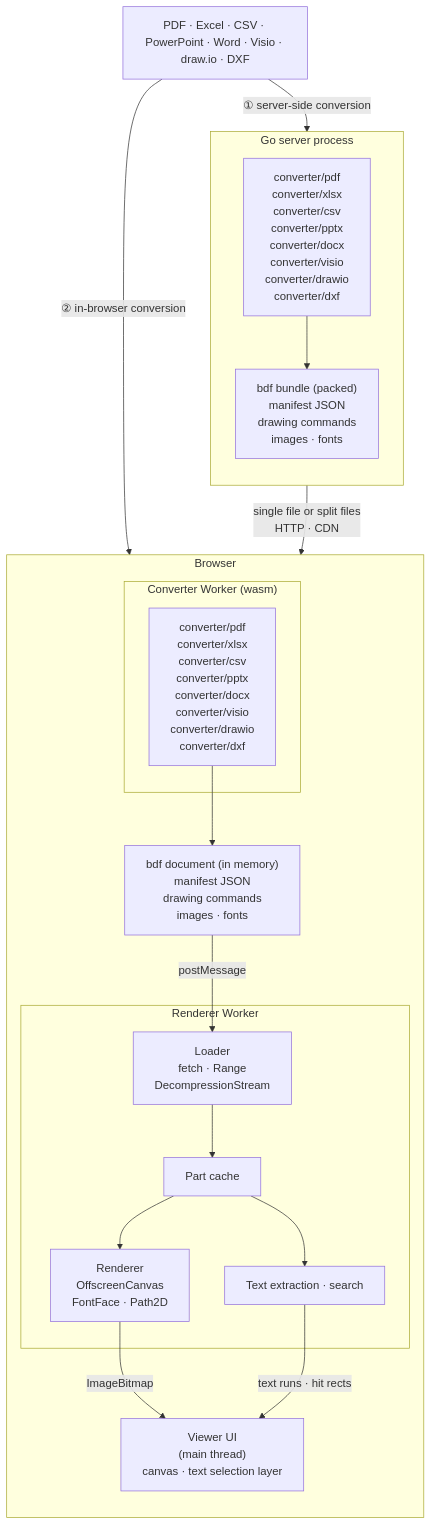
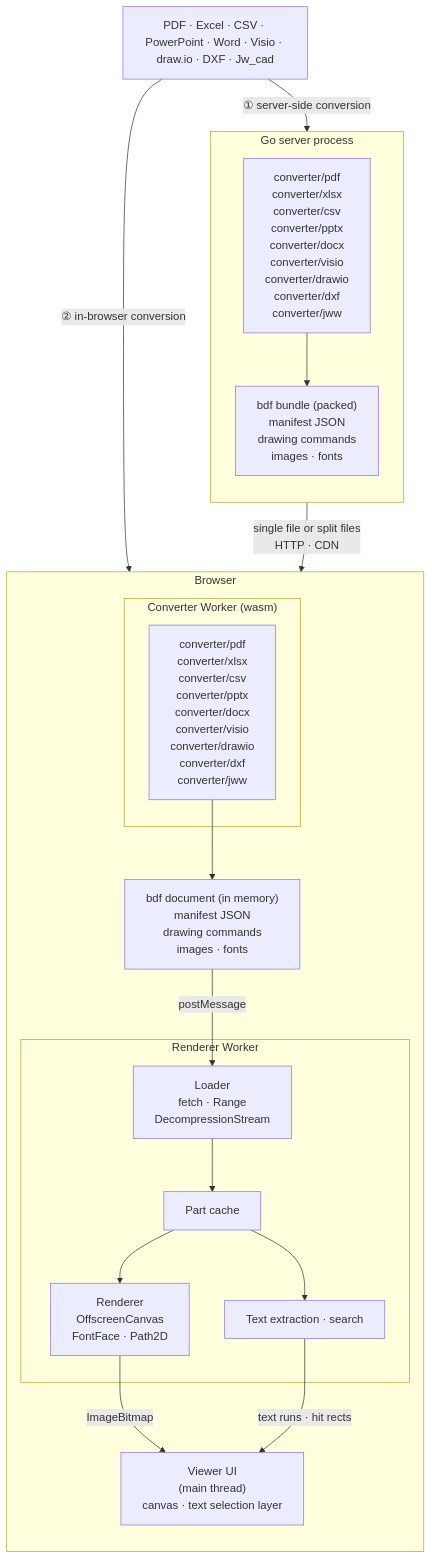
Before and after one commit to shibukawa/bdf: the diagram in README.md, drawn with Mermaid. The commit also changed other lines of this file and 30 other files, not shown here.

````diff
--- a/README.md
+++ b/README.md
@@ -13,37 +13,37 @@
 ```mermaid
 flowchart TB
-    SRC["PDF · Excel · CSV · PowerPoint · Word · Visio · draw.io · DXF"]
+    SRC["PDF · Excel · CSV · PowerPoint · Word · Visio · draw.io · DXF · Jw_cad"]
 
     subgraph SERVER["Go server process"]
         direction TB
-        SCONV["converter/pdf<br/>converter/xlsx<br/>converter/csv<br/>converter/pptx<br/>converter/docx<br/>converter/visio<br/>converter/drawio<br/>converter/dxf"]
+        SCONV["converter/pdf<br/>converter/xlsx<br/>converter/csv<br/>converter/pptx<br/>converter/docx<br/>converter/visio<br/>converter/drawio<br/>converter/dxf<br/>converter/jww"]
         BUNDLE["bdf bundle (packed)<br/>manifest JSON<br/>drawing commands<br/>images · fonts"]
         SCONV --> BUNDLE
     end
 
     subgraph BROWSER["Browser"]
         direction TB
         subgraph CWORKER["Converter Worker (wasm)"]
-            WCONV["converter/pdf<br/>converter/xlsx<br/>converter/csv<br/>converter/pptx<br/>converter/docx<br/>converter/visio<br/>converter/drawio<br/>converter/dxf"]
+            WCONV["converter/pdf<br/>converter/xlsx<br/>converter/csv<br/>converter/pptx<br/>converter/docx<br/>converter/visio<br/>converter/drawio<br/>converter/dxf<br/>converter/jww"]
         end
         PARTS["bdf document (in memory)<br/>manifest JSON<br/>drawing commands<br/>images · fonts"]
         subgraph RWORKER["Renderer Worker"]
             LOADER["Loader<br/>fetch · Range<br/>DecompressionStream"]
             STORE["Part cache"]
             RENDER["Renderer<br/>OffscreenCanvas<br/>FontFace · Path2D"]
             TEXT["Text extraction · search"]
             LOADER --> STORE
             STORE --> RENDER
             STORE --> TEXT
         end
         UI["Viewer UI<br/>(main thread)<br/>canvas · text selection layer"]
         WCONV --> PARTS
     end
 
     SRC -- "① server-side conversion" --> SCONV
     SRC -- "② in-browser conversion" --> WCONV
     BUNDLE -- "single file or split files<br/>HTTP · CDN" --> LOADER
     PARTS -- "postMessage" --> LOADER
     RENDER -- "ImageBitmap" --> UI
     TEXT -- "text runs · hit rects" --> UI
 ```
````
